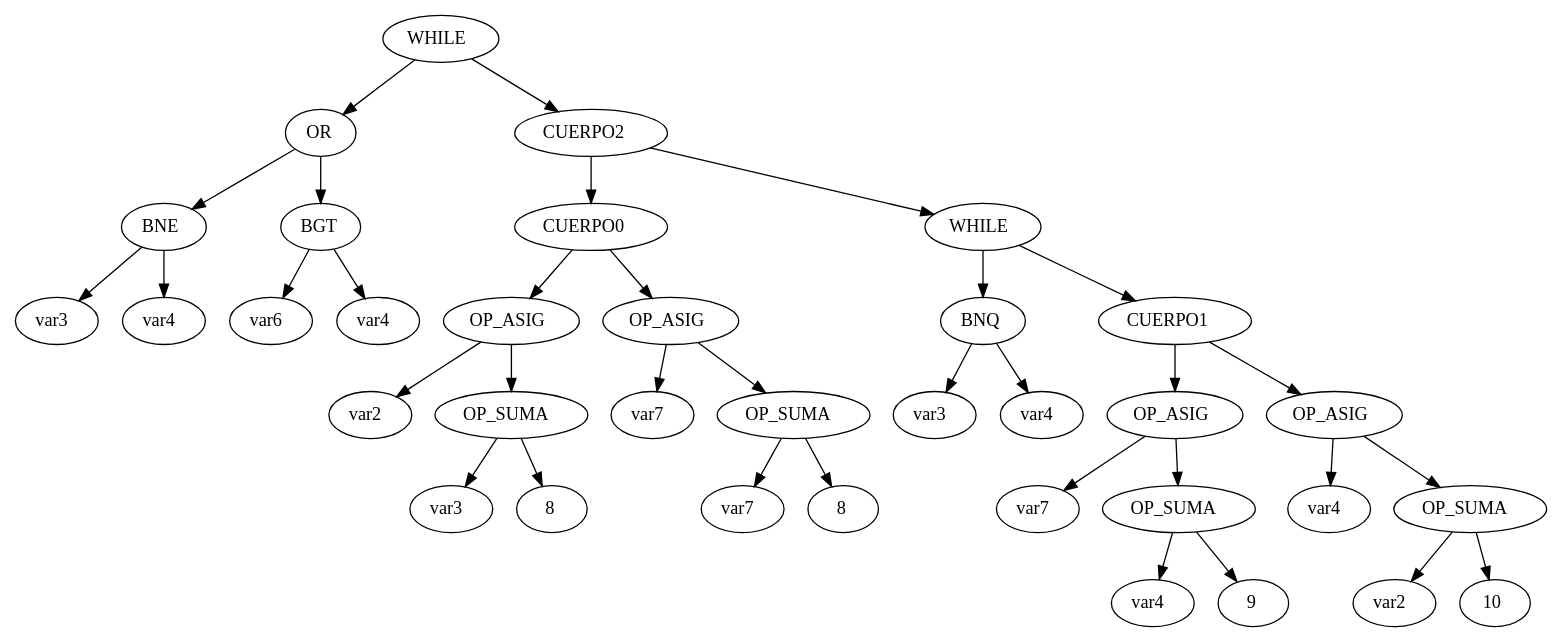
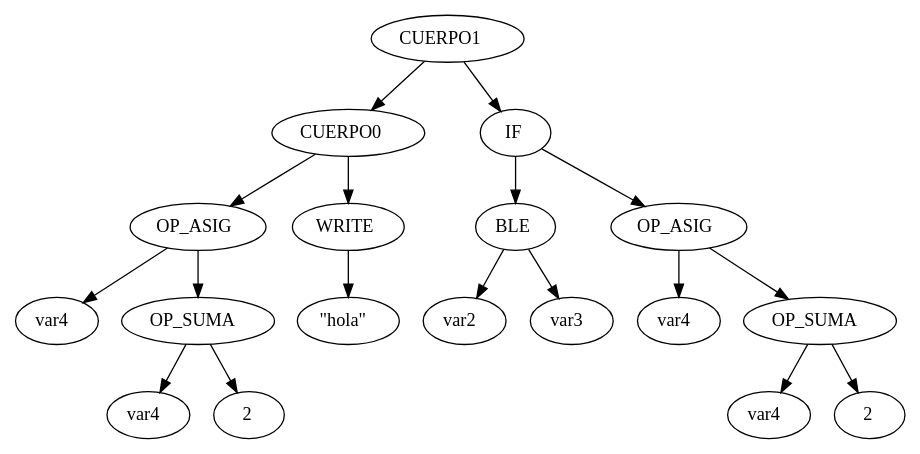
Before and after one commit to JonatanGrassi/TP_compiladorLyC: the diagram in graph.dot, drawn with Graphviz. The commit also changed 8 other files, not shown here.

```diff
--- a/graph.dot
+++ b/graph.dot
@@ -1,71 +1,37 @@
 digraph BST {
-x0 [label=<WHILE>];
-x1 [label=<OR>];
+x0 [label=<CUERPO1>];
+x1 [label=<CUERPO0>];
 x0 -> x1;
-x3 [label=<BNE>];
+x3 [label=<OP_ASIG>];
 x1 -> x3;
-x7 [label=<var3>];
+x7 [label=<var4>];
 x3 -> x7;
-x8 [label=<var4>];
+x8 [label=<OP_SUMA>];
 x3 -> x8;
-x4 [label=<BGT>];
+x17 [label=<var4>];
+x8 -> x17;
+x18 [label=<2>];
+x8 -> x18;
+x4 [label=<WRITE>];
 x1 -> x4;
-x9 [label=<var6>];
+x9 [label=<"hola">];
 x4 -> x9;
-x10 [label=<var4>];
-x4 -> x10;
-x2 [label=<CUERPO2>];
+x2 [label=<IF>];
 x0 -> x2;
-x5 [label=<CUERPO0>];
+x5 [label=<BLE>];
 x2 -> x5;
-x11 [label=<OP_ASIG>];
+x11 [label=<var2>];
 x5 -> x11;
-x23 [label=<var2>];
-x11 -> x23;
-x24 [label=<OP_SUMA>];
-x11 -> x24;
-x49 [label=<var3>];
-x24 -> x49;
-x50 [label=<8>];
-x24 -> x50;
-x12 [label=<OP_ASIG>];
+x12 [label=<var3>];
 x5 -> x12;
-x25 [label=<var7>];
-x12 -> x25;
-x26 [label=<OP_SUMA>];
-x12 -> x26;
-x53 [label=<var7>];
-x26 -> x53;
-x54 [label=<8>];
-x26 -> x54;
-x6 [label=<WHILE>];
+x6 [label=<OP_ASIG>];
 x2 -> x6;
-x13 [label=<BNQ>];
+x13 [label=<var4>];
 x6 -> x13;
-x27 [label=<var3>];
-x13 -> x27;
-x28 [label=<var4>];
-x13 -> x28;
-x14 [label=<CUERPO1>];
+x14 [label=<OP_SUMA>];
 x6 -> x14;
-x29 [label=<OP_ASIG>];
+x29 [label=<var4>];
 x14 -> x29;
-x59 [label=<var7>];
-x29 -> x59;
-x60 [label=<OP_SUMA>];
-x29 -> x60;
-x121 [label=<var4>];
-x60 -> x121;
-x122 [label=<9>];
-x60 -> x122;
-x30 [label=<OP_ASIG>];
+x30 [label=<2>];
 x14 -> x30;
-x61 [label=<var4>];
-x30 -> x61;
-x62 [label=<OP_SUMA>];
-x30 -> x62;
-x125 [label=<var2>];
-x62 -> x125;
-x126 [label=<10>];
-x62 -> x126;
 }
```
